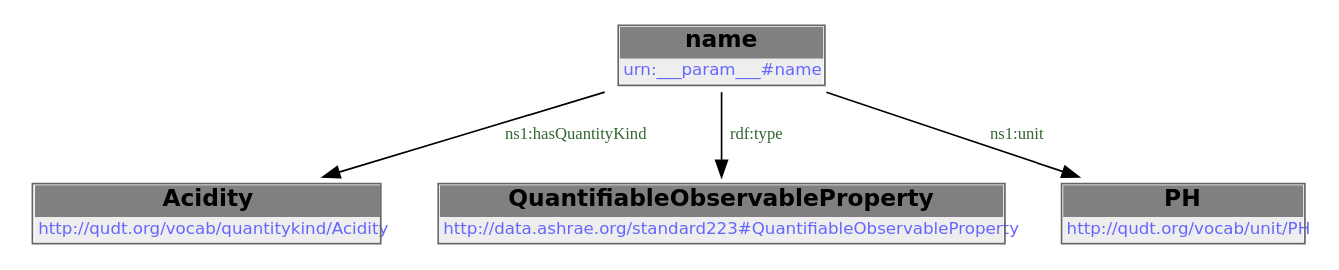
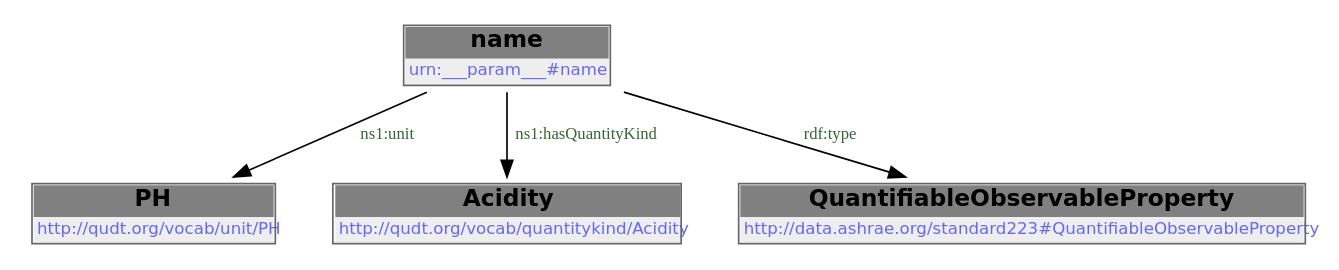
One commit to DataDrivenCPS/water-ontology changed the second of 2 diagrams in docs/libraries/templates/ph.rst. Above: the diagram before and after it, drawn with Graphviz. The commit also changed other lines of this file and 33 other files, not shown here.

```diff
--- a/docs/libraries/templates/ph.rst
+++ b/docs/libraries/templates/ph.rst
@@ -74,12 +74,12 @@
         .. graphviz::
 
                 digraph G {
             node [fontname="DejaVu Sans"];
-            node0 -> node1 [color=BLACK, label=< <font point-size='10' color='#336633'>ns1:hasQuantityKind</font> >];
-            node0 -> node2 [color=BLACK, label=< <font point-size='10' color='#336633'>rdf:type</font> >];
-            node0 -> node3 [color=BLACK, label=< <font point-size='10' color='#336633'>ns1:unit</font> >];
+            node0 -> node1 [color=BLACK, label=< <font point-size='10' color='#336633'>ns1:unit</font> >];
+            node0 -> node2 [color=BLACK, label=< <font point-size='10' color='#336633'>ns1:hasQuantityKind</font> >];
+            node0 -> node3 [color=BLACK, label=< <font point-size='10' color='#336633'>rdf:type</font> >];
             node0 [shape=none, color=black, label=< <table color='#666666' cellborder='0' cellspacing='0' border='1'><tr><td colspan='2' bgcolor='grey'><B>name</B></td></tr><tr><td href='urn:___param___#name' bgcolor='#eeeeee' colspan='2'><font point-size='10' color='#6666ff'>urn:___param___#name</font></td></tr></table> >];
-            node1 [shape=none, color=black, label=< <table color='#666666' cellborder='0' cellspacing='0' border='1'><tr><td colspan='2' bgcolor='grey'><B>Acidity</B></td></tr><tr><td href='http://qudt.org/vocab/quantitykind/Acidity' bgcolor='#eeeeee' colspan='2'><font point-size='10' color='#6666ff'>http://qudt.org/vocab/quantitykind/Acidity</font></td></tr></table> >];
-            node2 [shape=none, color=black, label=< <table color='#666666' cellborder='0' cellspacing='0' border='1'><tr><td colspan='2' bgcolor='grey'><B>QuantifiableObservableProperty</B></td></tr><tr><td href='http://data.ashrae.org/standard223#QuantifiableObservableProperty' bgcolor='#eeeeee' colspan='2'><font point-size='10' color='#6666ff'>http://data.ashrae.org/standard223#QuantifiableObservableProperty</font></td></tr></table> >];
-            node3 [shape=none, color=black, label=< <table color='#666666' cellborder='0' cellspacing='0' border='1'><tr><td colspan='2' bgcolor='grey'><B>PH</B></td></tr><tr><td href='http://qudt.org/vocab/unit/PH' bgcolor='#eeeeee' colspan='2'><font point-size='10' color='#6666ff'>http://qudt.org/vocab/unit/PH</font></td></tr></table> >];
+            node1 [shape=none, color=black, label=< <table color='#666666' cellborder='0' cellspacing='0' border='1'><tr><td colspan='2' bgcolor='grey'><B>PH</B></td></tr><tr><td href='http://qudt.org/vocab/unit/PH' bgcolor='#eeeeee' colspan='2'><font point-size='10' color='#6666ff'>http://qudt.org/vocab/unit/PH</font></td></tr></table> >];
+            node2 [shape=none, color=black, label=< <table color='#666666' cellborder='0' cellspacing='0' border='1'><tr><td colspan='2' bgcolor='grey'><B>Acidity</B></td></tr><tr><td href='http://qudt.org/vocab/quantitykind/Acidity' bgcolor='#eeeeee' colspan='2'><font point-size='10' color='#6666ff'>http://qudt.org/vocab/quantitykind/Acidity</font></td></tr></table> >];
+            node3 [shape=none, color=black, label=< <table color='#666666' cellborder='0' cellspacing='0' border='1'><tr><td colspan='2' bgcolor='grey'><B>QuantifiableObservableProperty</B></td></tr><tr><td href='http://data.ashrae.org/standard223#QuantifiableObservableProperty' bgcolor='#eeeeee' colspan='2'><font point-size='10' color='#6666ff'>http://data.ashrae.org/standard223#QuantifiableObservableProperty</font></td></tr></table> >];
             }
```
